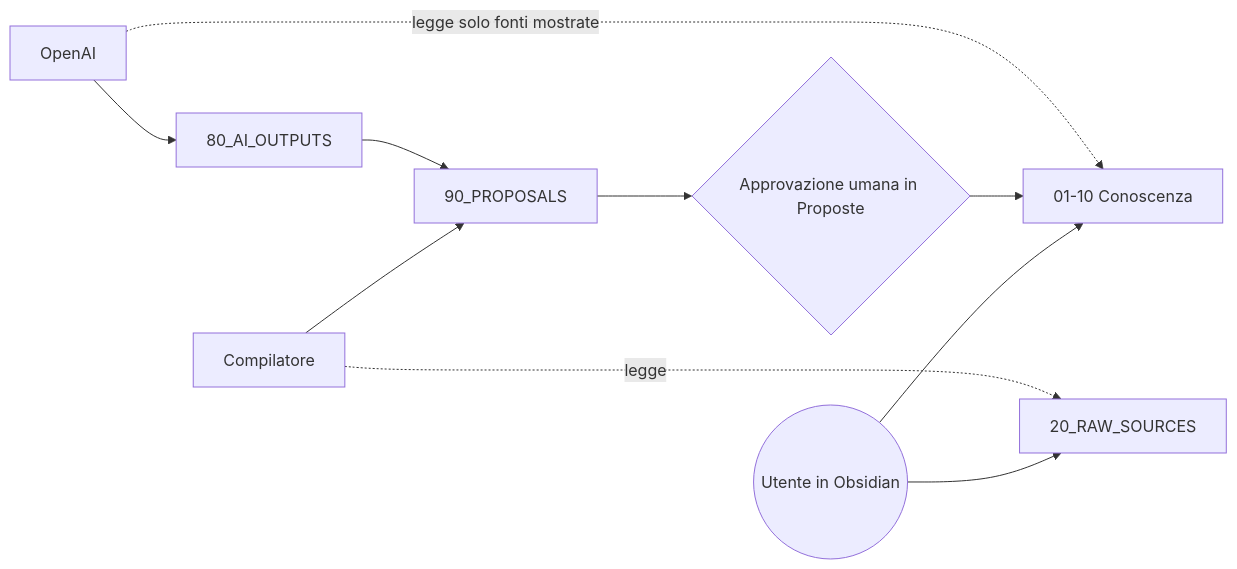
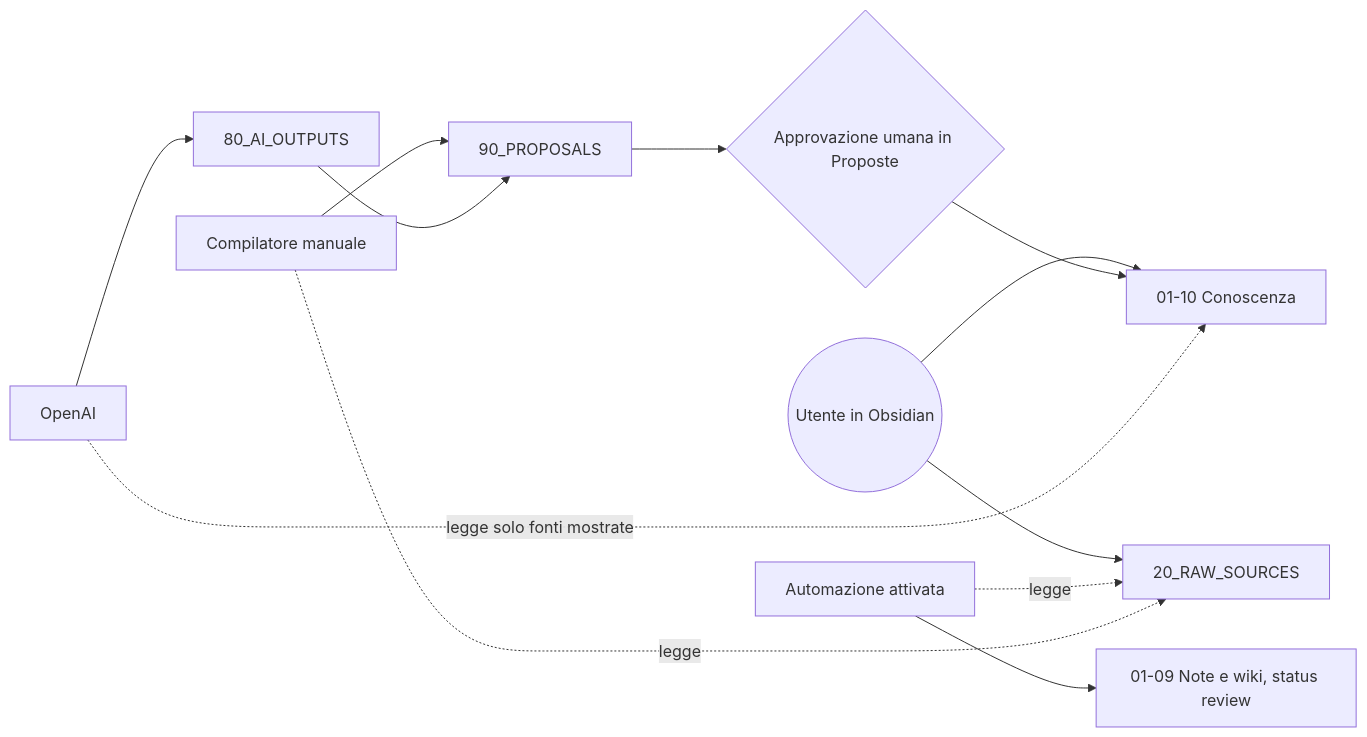
Before and after one commit to cesarenegro/vault_memai_obsi: the second of 18 diagrams in HELP/04_WORKFLOW.md, drawn with Mermaid. The commit also changed other lines of this file and 125 other files, not shown here.

````diff
--- a/HELP/04_WORKFLOW.md
+++ b/HELP/04_WORKFLOW.md
@@ -34,12 +37,14 @@
 ```mermaid
 flowchart LR
   U((Utente in Obsidian)) --> K[01-10 Conoscenza]
   U --> R[20_RAW_SOURCES]
-  C[Compilatore] --> P[90_PROPOSALS]
+  AUTO[Automazione attivata] --> N[01-09 Note e wiki, status review]
+  AUTO -. legge .-> R
+  C[Compilatore manuale] --> P[90_PROPOSALS]
   AI[OpenAI] --> O[80_AI_OUTPUTS]
   AP{Approvazione umana in Proposte} --> K
   P --> AP
   O --> P
   C -. legge .-> R
   AI -. legge solo fonti mostrate .-> K
 ```
````
